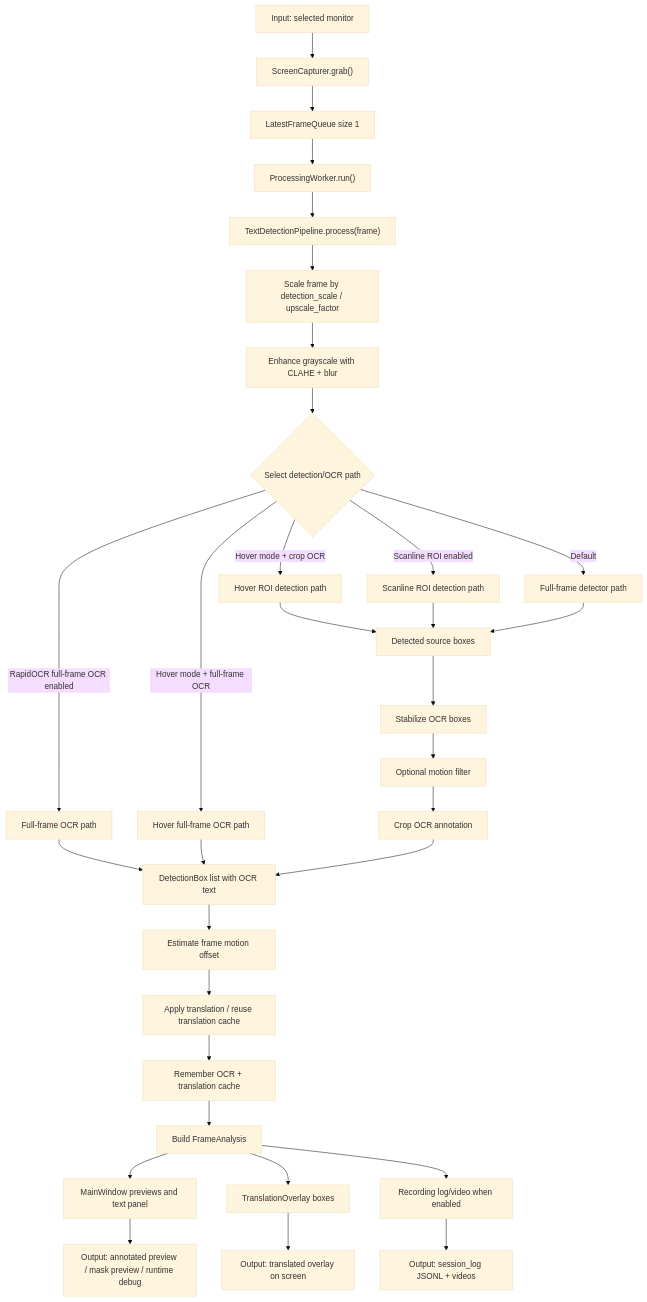
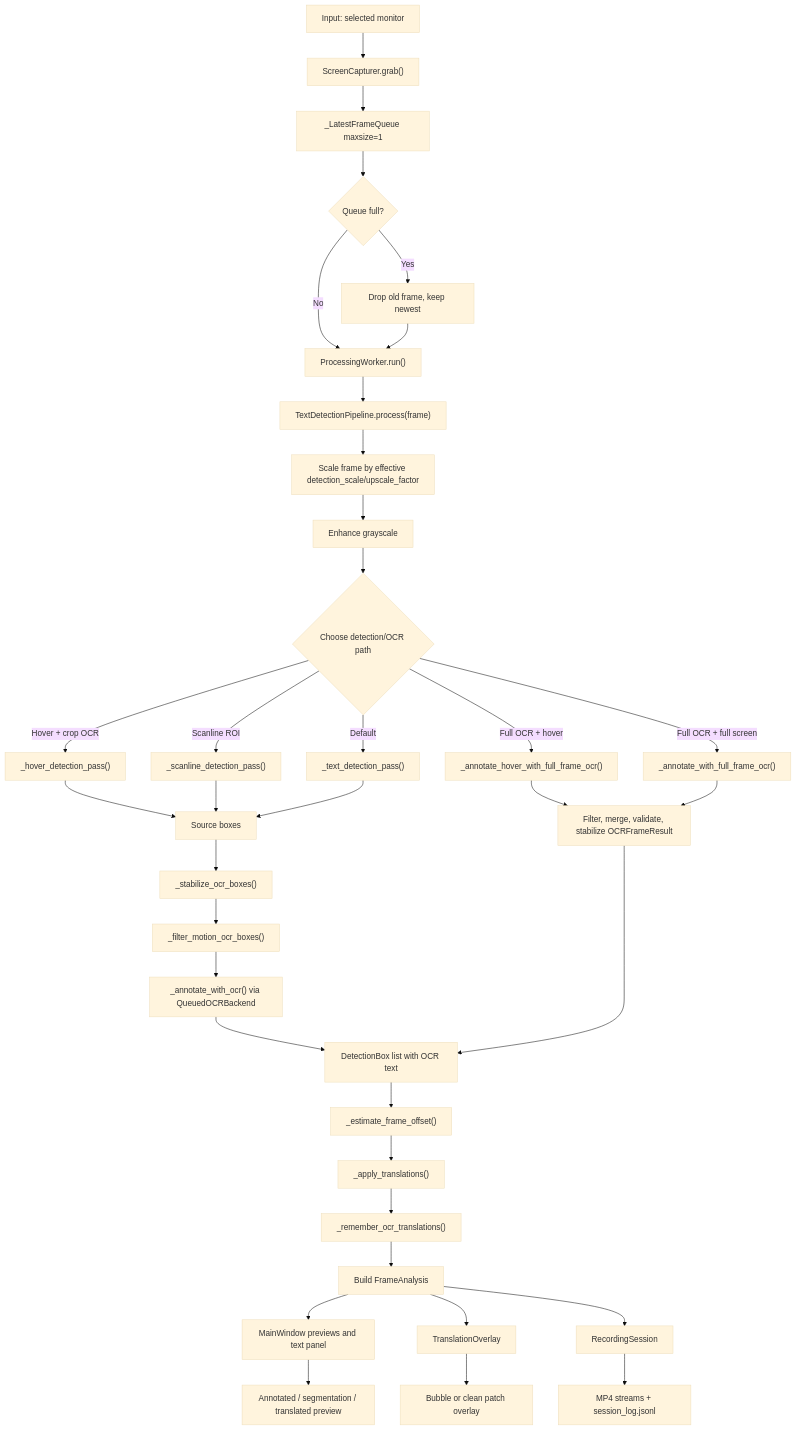
Before and after one commit to BU-Pacharapol-Ardsang/ScreenLens-Detection: the first of 9 diagrams in PIPELINE_MERMAID.md, drawn with Mermaid (base theme). The commit also changed other lines of this file and 4 other files, not shown here.

````diff
--- a/PIPELINE_MERMAID.md
+++ b/PIPELINE_MERMAID.md
@@ -38,41 +39,44 @@
 ```mermaid
 flowchart TD
     A["Input: selected monitor"] --> B["ScreenCapturer.grab()"]
-    B --> C["LatestFrameQueue size 1"]
-    C --> D["ProcessingWorker.run()"]
+    B --> C["_LatestFrameQueue maxsize=1"]
+    C --> C1{"Queue full?"}
+    C1 -->|Yes| C2["Drop old frame, keep newest"]
+    C1 -->|No| D["ProcessingWorker.run()"]
+    C2 --> D
+
     D --> E["TextDetectionPipeline.process(frame)"]
+    E --> F["Scale frame by effective detection_scale/upscale_factor"]
+    F --> G["Enhance grayscale"]
+    G --> H{"Choose detection/OCR path"}
 
-    E --> F["Scale frame by detection_scale / upscale_factor"]
-    F --> G["Enhance grayscale with CLAHE + blur"]
-    G --> H{"Select detection/OCR path"}
+    H -->|Full OCR + hover| I["_annotate_hover_with_full_frame_ocr()"]
+    H -->|Full OCR + full screen| J["_annotate_with_full_frame_ocr()"]
+    H -->|Hover + crop OCR| K["_hover_detection_pass()"]
+    H -->|Scanline ROI| L["_scanline_detection_pass()"]
+    H -->|Default| M["_text_detection_pass()"]
 
-    H -->|RapidOCR full-frame OCR enabled| I["Full-frame OCR path"]
-    H -->|Hover mode + full-frame OCR| J["Hover full-frame OCR path"]
-    H -->|Hover mode + crop OCR| K["Hover ROI detection path"]
-    H -->|Scanline ROI enabled| L["Scanline ROI detection path"]
-    H -->|Default| M["Full-frame detector path"]
-
-    I --> N["DetectionBox list with OCR text"]
+    I --> N["Filter, merge, validate, stabilize OCRFrameResult"]
     J --> N
-    K --> O["Detected source boxes"]
+    K --> O["Source boxes"]
     L --> O
     M --> O
+    O --> P["_stabilize_ocr_boxes()"]
+    P --> Q["_filter_motion_ocr_boxes()"]
+    Q --> R["_annotate_with_ocr() via QueuedOCRBackend"]
+    R --> S["DetectionBox list with OCR text"]
+    N --> S
 
-    O --> P["Stabilize OCR boxes"]
-    P --> Q["Optional motion filter"]
-    Q --> R["Crop OCR annotation"]
-    R --> N
+    S --> T["_estimate_frame_offset()"]
+    T --> U["_apply_translations()"]
+    U --> V["_remember_ocr_translations()"]
+    V --> W["Build FrameAnalysis"]
 
-    N --> S["Estimate frame motion offset"]
-    S --> T["Apply translation / reuse translation cache"]
-    T --> U["Remember OCR + translation cache"]
-    U --> V["Build FrameAnalysis"]
+    W --> X["MainWindow previews and text panel"]
+    W --> Y["TranslationOverlay"]
+    W --> Z["RecordingSession"]
 
-    V --> W["MainWindow previews and text panel"]
-    V --> X["TranslationOverlay boxes"]
-    V --> Y["Recording log/video when enabled"]
-
-    X --> Z["Output: translated overlay on screen"]
-    W --> AA["Output: annotated preview / mask preview / runtime debug"]
-    Y --> AB["Output: session_log JSONL + videos"]
+    X --> X1["Annotated / segmentation / translated preview"]
+    Y --> Y1["Bubble or clean patch overlay"]
+    Z --> Z1["MP4 streams + session_log.jsonl"]
 ```
````
